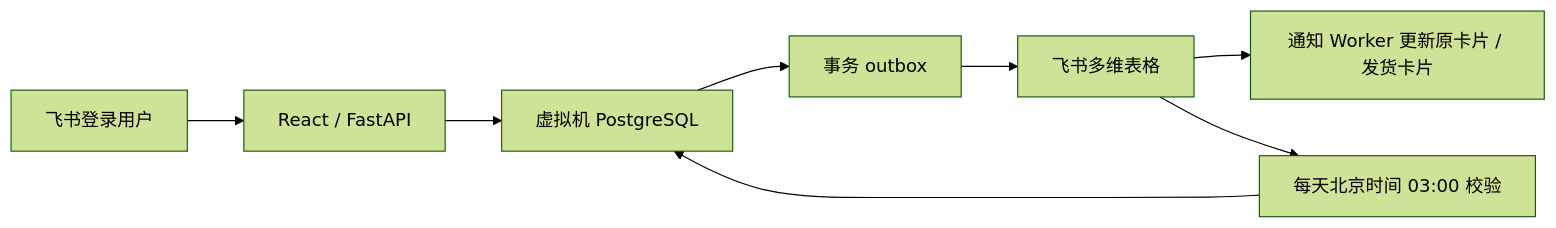
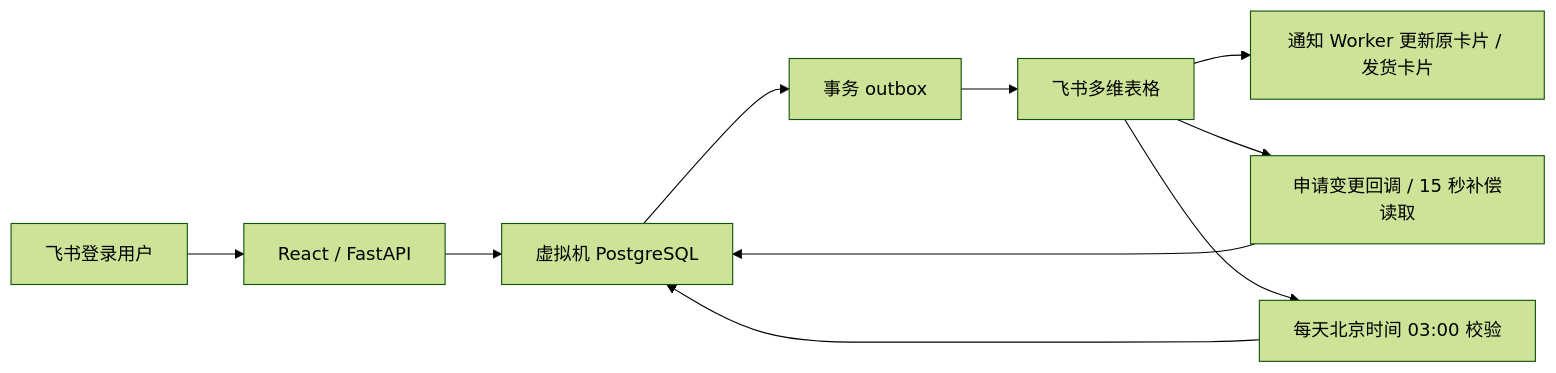
The diagram in README.md (G1026271140-spec/pudu-material-operations), drawn with Mermaid (forest theme) before and after one commit. The commit also changed other lines of this file, not shown here.

````diff
--- a/README.md
+++ b/README.md
@@ -15,10 +15,12 @@
 ```mermaid
 flowchart LR
     U[飞书登录用户] --> W[React / FastAPI]
     W --> P[虚拟机 PostgreSQL]
     P --> O[事务 outbox]
     O --> F[飞书多维表格]
     F --> E[通知 Worker 更新原卡片 / 发货卡片]
+    F --> C[申请变更回调 / 15 秒补偿读取]
+    C --> P
     F --> R[每天北京时间 03:00 校验]
     R --> P
 ```
````
